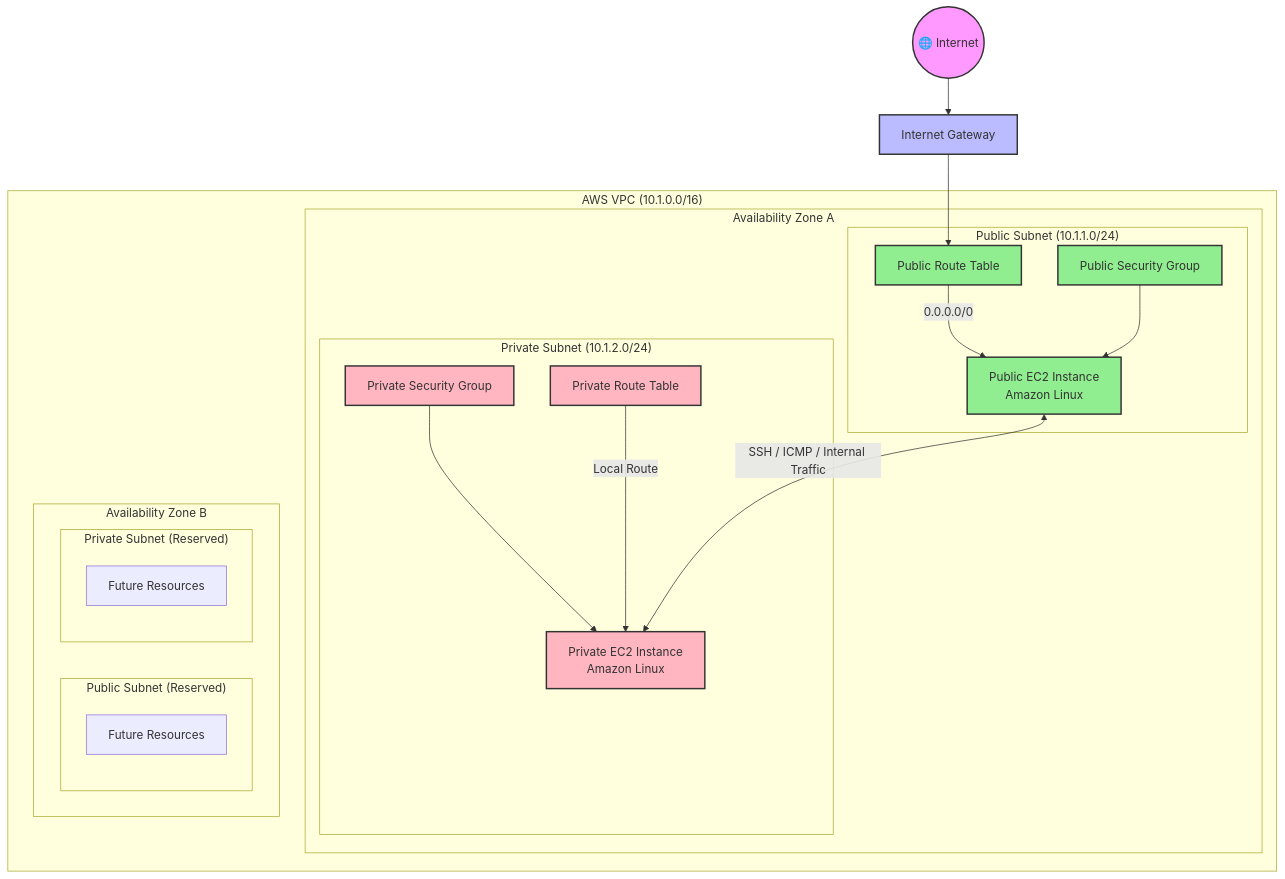
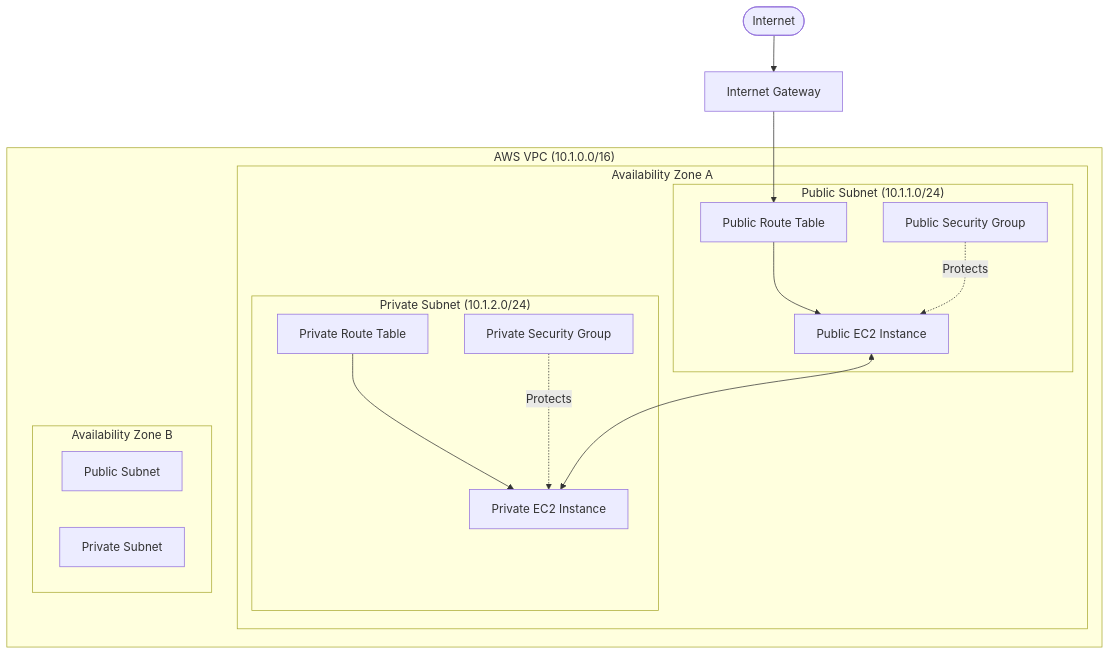
The diagram in README.md (ZaiFlux/aws-vpc-traffic-flow-security), drawn with Mermaid before and after one commit.

````diff
--- a/README.md
+++ b/README.md
@@ -32,64 +34,43 @@
 ```mermaid
 flowchart TB
 
-    Internet((🌐 Internet))
-    
+    Internet([Internet])
     IGW[Internet Gateway]
 
     Internet --> IGW
 
     subgraph VPC["AWS VPC (10.1.0.0/16)"]
 
         subgraph AZ1["Availability Zone A"]
 
             subgraph PublicSubnet["Public Subnet (10.1.1.0/24)"]
                 PublicRT[Public Route Table]
                 PublicSG[Public Security Group]
-                PublicEC2["Public EC2 Instance<br/>Amazon Linux"]
+                PublicEC2[Public EC2 Instance]
             end
 
             subgraph PrivateSubnet["Private Subnet (10.1.2.0/24)"]
                 PrivateRT[Private Route Table]
                 PrivateSG[Private Security Group]
-                PrivateEC2["Private EC2 Instance<br/>Amazon Linux"]
+                PrivateEC2[Private EC2 Instance]
             end
 
         end
 
         subgraph AZ2["Availability Zone B"]
-
-            subgraph PublicSubnet2["Public Subnet (Reserved)"]
-                PubReserve[Future Resources]
-            end
-
-            subgraph PrivateSubnet2["Private Subnet (Reserved)"]
-                PrivReserve[Future Resources]
-            end
-
+            PublicReserve[Public Subnet]
+            PrivateReserve[Private Subnet]
         end
 
     end
 
     IGW --> PublicRT
+    PublicRT --> PublicEC2
 
-    PublicRT -->|0.0.0.0/0| PublicEC2
+    PublicSG -. Protects .-> PublicEC2
+    PrivateSG -. Protects .-> PrivateEC2
 
-    PublicSG --> PublicEC2
+    PublicEC2 <--> PrivateEC2
 
-    PrivateSG --> PrivateEC2
-
-    PrivateRT -->|Local Route| PrivateEC2
-
-    PublicEC2 <-->|SSH / ICMP / Internal Traffic| PrivateEC2
-
-    classDef internet fill:#f9f,stroke:#333,stroke-width:2px;
-    classDef network fill:#bbf,stroke:#333,stroke-width:2px;
-    classDef public fill:#90EE90,stroke:#333,stroke-width:2px;
-    classDef private fill:#FFB6C1,stroke:#333,stroke-width:2px;
-
-    class Internet internet;
-    class IGW network;
-
-    class PublicRT,PublicSG,PublicEC2 public;
-    class PrivateRT,PrivateSG,PrivateEC2 private;
+    PrivateRT --> PrivateEC2
 ```
````
